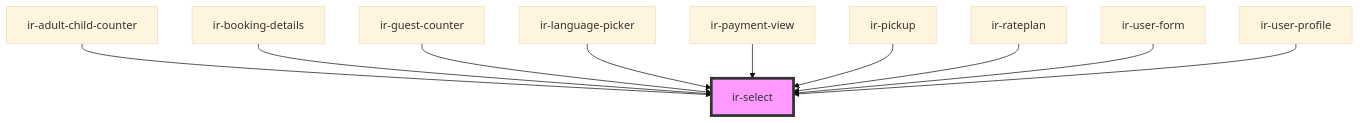
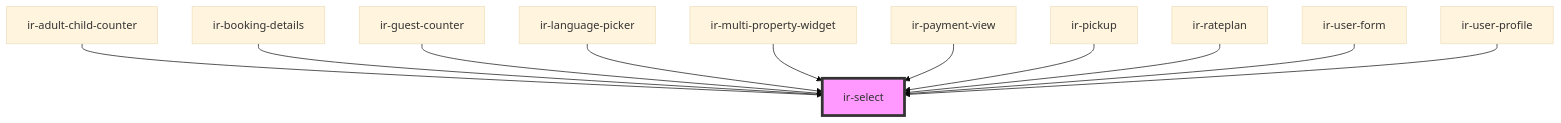
One commit to RonyRizk/ir-be changed the diagram in src/components/ui/ir-select/readme.md. Above: the diagram before and after it, drawn with Mermaid (base theme). The commit also changed other lines of this file and 42 other files, not shown here.

````diff
--- a/src/components/ui/ir-select/readme.md
+++ b/src/components/ui/ir-select/readme.md
@@ -45,13 +46,14 @@
 ```mermaid
 graph TD;
   ir-adult-child-counter --> ir-select
   ir-booking-details --> ir-select
   ir-guest-counter --> ir-select
   ir-language-picker --> ir-select
+  ir-multi-property-widget --> ir-select
   ir-payment-view --> ir-select
   ir-pickup --> ir-select
   ir-rateplan --> ir-select
   ir-user-form --> ir-select
   ir-user-profile --> ir-select
   style ir-select fill:#f9f,stroke:#333,stroke-width:4px
 ```
````
